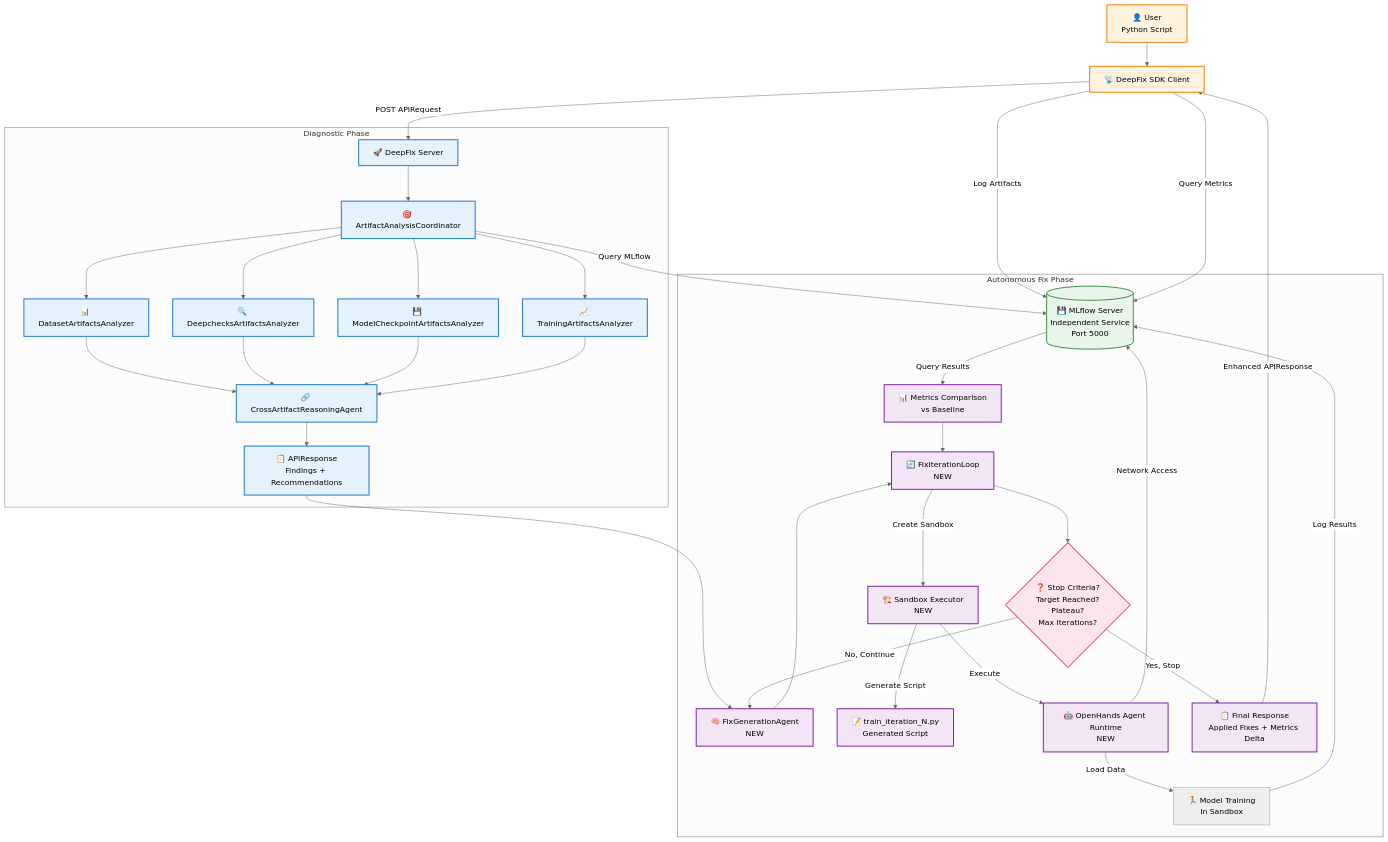
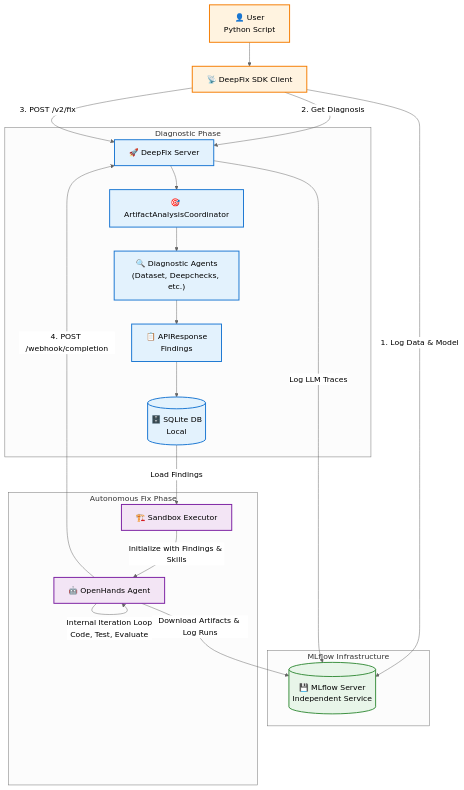
The first of 2 diagrams in dev-plan/autonomous-fix-system.md (delcaux-labs/deepfix), drawn with Mermaid (neutral theme) before and after one commit. The commit also changed other lines of this file and 35 other files, not shown here.

````diff
--- a/dev-plan/autonomous-fix-system.md
+++ b/dev-plan/autonomous-fix-system.md
@@ -25,70 +25,48 @@
 ```mermaid
 graph TD
     %% User Input
     User[👤 User<br/>Python Script] --> SDK[📡 DeepFix SDK Client]
 
     %% MLflow (Independent Service)
-    MLflow[(💾 MLflow Server<br/>Independent Service<br/>Port 5000)]
+    subgraph "MLflow Infrastructure"
+        MLflow[(💾 MLflow Server<br/>Independent Service)]
+    end
 
     %% SDK to MLflow
-    SDK -->|Log Artifacts| MLflow
-    SDK -->|Query Metrics| MLflow
+    SDK -->|1. Log Data & Model| MLflow
 
     %% Server Components
-    SDK -->|POST APIRequest| Server[🚀 DeepFix Server]
+    SDK -->|2. Get Diagnosis| Server[🚀 DeepFix Server]
+    SDK -->|3. POST /v2/fix| Server
 
     subgraph "Diagnostic Phase"
         Server --> Coordinator[🎯 ArtifactAnalysisCoordinator]
-
-        Coordinator --> DatasetAgent[📊 DatasetArtifactsAnalyzer]
-        Coordinator --> DeepchecksAgent[🔍 DeepchecksArtifactsAnalyzer]
-        Coordinator --> CheckpointAgent[💾 ModelCheckpointArtifactsAnalyzer]
-        Coordinator --> TrainingAgent[📈 TrainingArtifactsAnalyzer]
-
-        DatasetAgent --> CrossArtifact[🔗 CrossArtifactReasoningAgent]
-        DeepchecksAgent --> CrossArtifact
-        CheckpointAgent --> CrossArtifact
-        TrainingAgent --> CrossArtifact
-
-        CrossArtifact --> APIResponse[📋 APIResponse<br/>Findings + Recommendations]
+        Coordinator --> Agents["🔍 Diagnostic Agents<br/>(Dataset, Deepchecks, etc.)"]
+        Agents --> APIResponse[📋 APIResponse<br/>Findings]
+        APIResponse --> SQLite[(🗄️ SQLite DB<br/>Local)]
     end
 
-    %% Autonomous Fix Phase (New)
+    %% Autonomous Fix Phase
     subgraph "Autonomous Fix Phase"
-        APIResponse --> FixGenerator[🧠 FixGenerationAgent<br/>NEW]
-        FixGenerator --> FixLoop[🔄 FixIterationLoop<br/>NEW]
-
-        FixLoop -->|Create Sandbox| Sandbox[🏗️ Sandbox Executor<br/>NEW]
-        Sandbox -->|Generate Script| Template[📝 train_iteration_N.py<br/>Generated Script]
-        Sandbox -->|Execute| OpenHands[🤖 OpenHands Agent Runtime<br/>NEW]
-
-        OpenHands -->|Network Access| MLflow
-        OpenHands -->|Load Data| TrainScript[🏃 Model Training<br/>In Sandbox]
-        TrainScript -->|Log Results| MLflow
-
-        MLflow -->|Query Results| MetricsQuery[📊 Metrics Comparison<br/>vs Baseline]
-        MetricsQuery --> FixLoop
-
-        FixLoop --> StopCriteria{❓ Stop Criteria?<br/>Target Reached?<br/>Plateau?<br/>Max Iterations?}
-
-        StopCriteria -->|No, Continue| FixGenerator
-        StopCriteria -->|Yes, Stop| FinalResult[📋 Final Response<br/>Applied Fixes + Metrics Delta]
+        Sandbox[🏗️ Sandbox Executor]
+        Sandbox -->|Initialize with Findings & Skills| OpenHands[🤖 OpenHands Agent]
+        OpenHands -->|Internal Iteration Loop<br/>Code, Test, Evaluate| OpenHands
     end
 
-    %% Response Back
-    FinalResult -->|Enhanced APIResponse| SDK
-    Coordinator -->|Query MLflow| MLflow
+    %% Cross-Phase Connections
+    SQLite -->|Load Findings| Sandbox
+    Server -->|Log LLM Traces| MLflow
+    OpenHands -->|Download Artifacts & Log Runs| MLflow
+    OpenHands -->|4. POST /webhook/completion| Server
 
     %% Styling
     classDef userTier fill:#fff3e0,stroke:#f57c00,stroke-width:2px
     classDef existing fill:#e3f2fd,stroke:#1976d2,stroke-width:2px
     classDef new fill:#f3e5f5,stroke:#7b1fa2,stroke-width:2px
     classDef infrastructure fill:#e8f5e9,stroke:#388e3c,stroke-width:2px
-    classDef decision fill:#fce4ec,stroke:#c2185b,stroke-width:2px
 
     class User,SDK userTier
-    class Coordinator,DatasetAgent,DeepchecksAgent,CheckpointAgent,TrainingAgent,CrossArtifact,APIResponse,Server existing
-    class FixGenerator,FixLoop,Sandbox,OpenHands,Template,FinalResult,MetricsQuery new
+    class Coordinator,Agents,APIResponse,Server,SQLite existing
+    class Sandbox,OpenHands new
     class MLflow infrastructure
-    class StopCriteria decision
 ```
````
